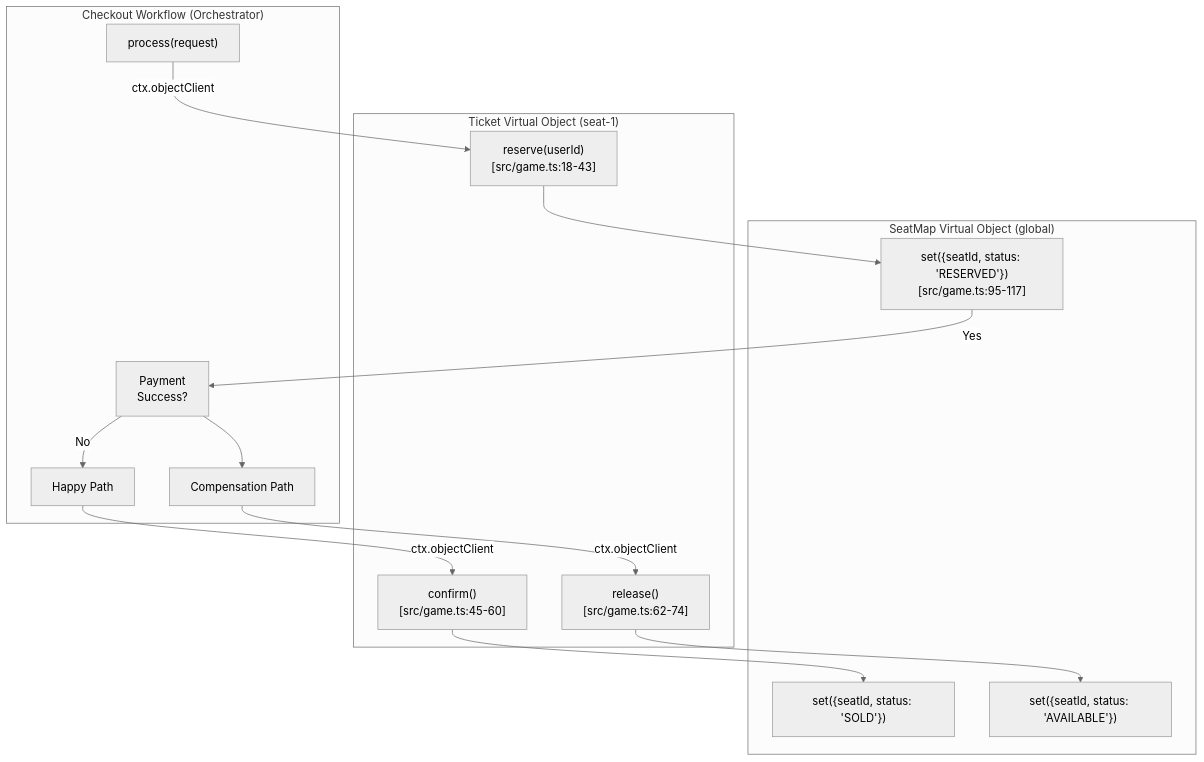
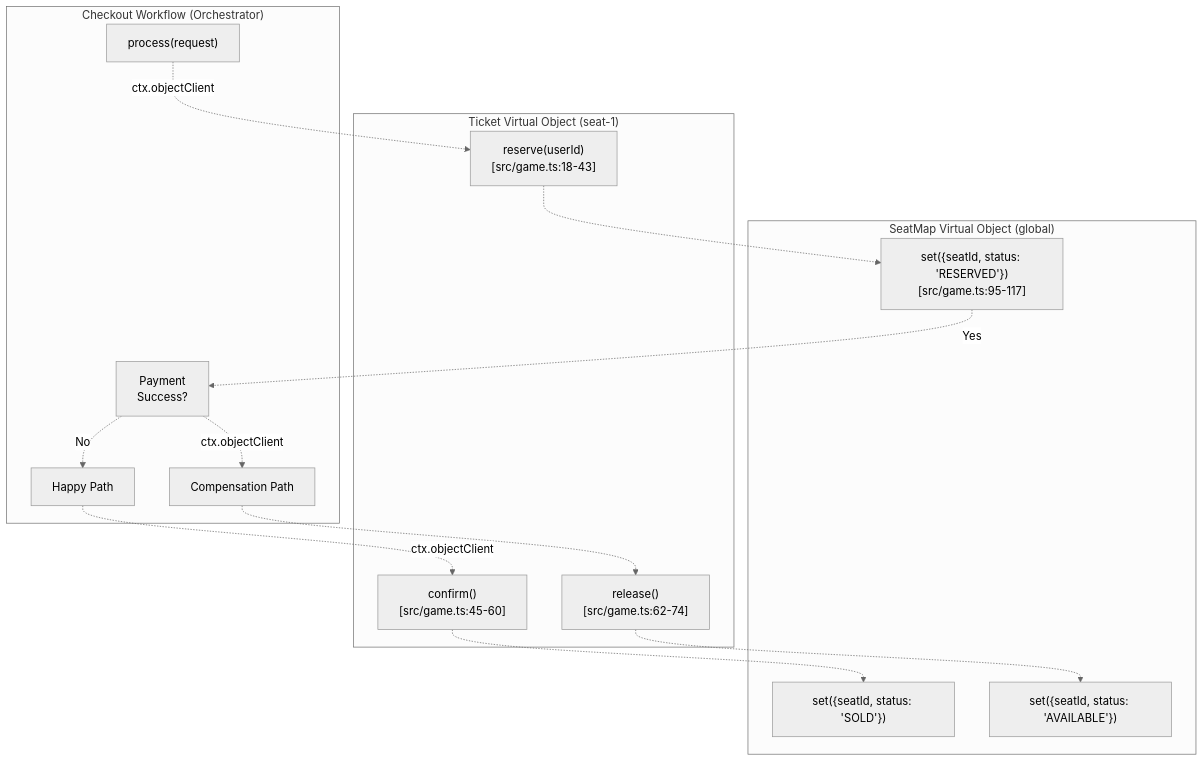
Before and after one commit to philipz/restate-cloudflare-workers-poc: the sixth of 6 diagrams in docs/deepwiki/Key-Concepts.md, drawn with Mermaid (neutral theme). The commit also changed other lines of this file and 27 other files, not shown here.

````diff
--- a/docs/deepwiki/Key-Concepts.md
+++ b/docs/deepwiki/Key-Concepts.md
@@ -445,43 +445,43 @@
 ```mermaid
 flowchart TD
 
 Start["process(request)"]
 Decision["Payment<br>Success?"]
 Compensate["Compensation Path"]
 Complete["Happy Path"]
 Reserve["reserve(userId)<br>[src/game.ts:18-43]"]
 Confirm["confirm()<br>[src/game.ts:45-60]"]
 Release["release()<br>[src/game.ts:62-74]"]
 SetReserved["set({seatId, status: 'RESERVED'})<br>[src/game.ts:95-117]"]
 SetSold["set({seatId, status: 'SOLD'})"]
 SetAvailable["set({seatId, status: 'AVAILABLE'})"]
 
-Start -->|"ctx.objectClient"| Reserve
-Reserve --> SetReserved
-SetReserved -->|"Yes"| Decision
-Complete -->|"ctx.objectClient"| Confirm
-Confirm --> SetSold
-Compensate -->|"ctx.objectClient"| Release
-Release --> SetAvailable
+Start -.->|"ctx.objectClient"| Reserve
+Reserve -.-> SetReserved
+SetReserved -.->|"Yes"| Decision
+Complete -.->|"ctx.objectClient"| Confirm
+Confirm -.-> SetSold
+Compensate -.-> Release
+Release -.-> SetAvailable
 
 subgraph subGraph2 ["SeatMap Virtual Object (global)"]
     SetReserved
     SetSold
     SetAvailable
 end
 
 subgraph subGraph1 ["Ticket Virtual Object (seat-1)"]
     Reserve
     Confirm
     Release
 end
 
 subgraph subGraph0 ["Checkout Workflow (Orchestrator)"]
     Start
     Decision
     Compensate
     Complete
-    Decision -->|"No"| Complete
-    Decision --> Compensate
+    Decision -.->|"No"| Complete
+    Decision -.->|"ctx.objectClient"| Compensate
 end
 ```
````
